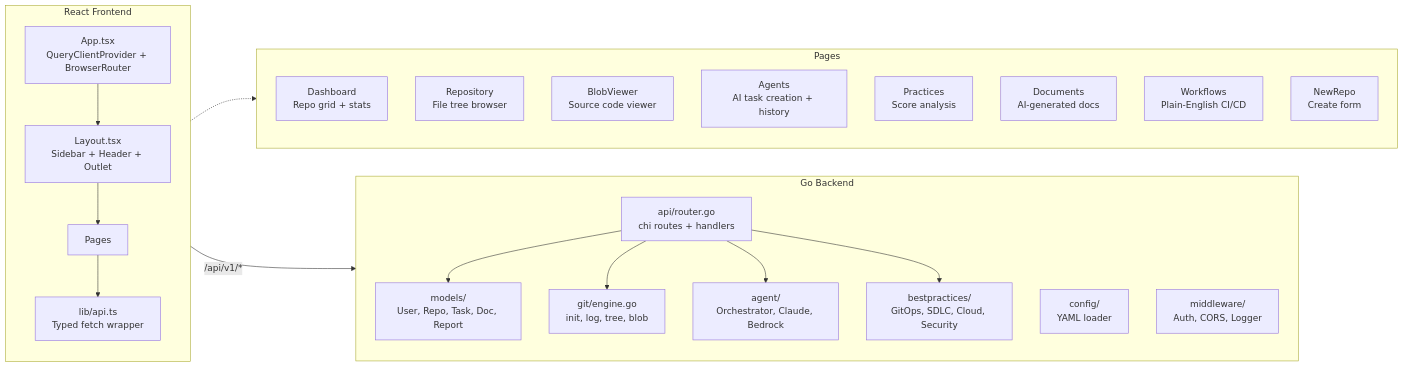
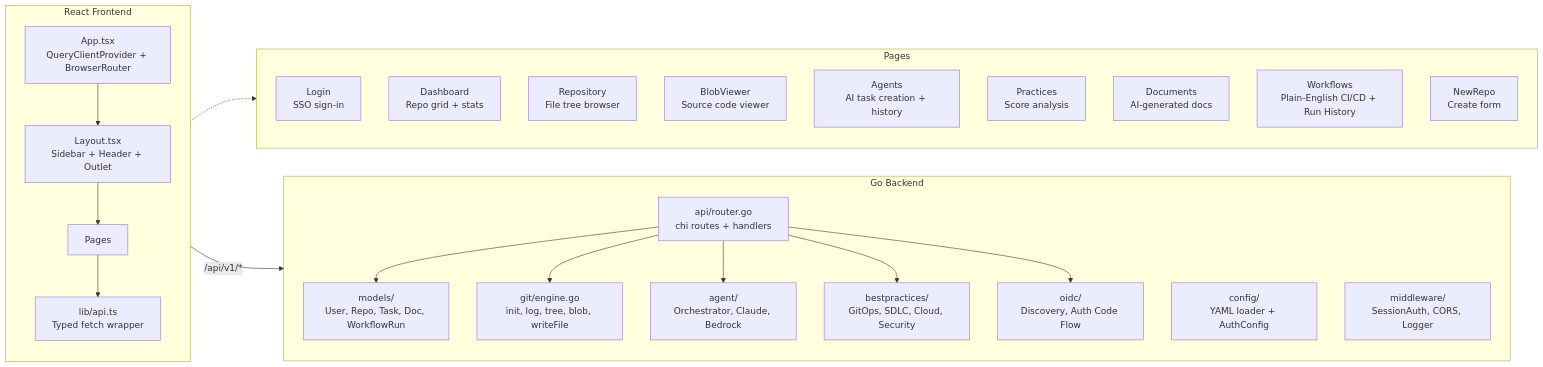
Before and after one commit to kondalaraogangavarapu/custom-gitea: the fourth of 6 diagrams in README.md, drawn with Mermaid. The commit also changed other lines of this file and 10 other files, not shown here.

First line of the commit message:
feat: add OIDC/SSO authentication and update README with architecture diagrams

````diff
--- a/README.md
+++ b/README.md
@@ -112,42 +162,45 @@
 ```mermaid
 graph LR
     subgraph Frontend["React Frontend"]
         direction TB
         App["App.tsx<br/>QueryClientProvider + BrowserRouter"]
         Layout["Layout.tsx<br/>Sidebar + Header + Outlet"]
         Pages["Pages"]
         APIClient["lib/api.ts<br/>Typed fetch wrapper"]
 
         App --> Layout --> Pages
         Pages --> APIClient
     end
 
     subgraph PagesDetail["Pages"]
+        Login["Login<br/>SSO sign-in"]
         Dashboard["Dashboard<br/>Repo grid + stats"]
         Repo["Repository<br/>File tree browser"]
         Blob["BlobViewer<br/>Source code viewer"]
         Agents["Agents<br/>AI task creation + history"]
         Practices["Practices<br/>Score analysis"]
         Docs["Documents<br/>AI-generated docs"]
-        Workflows["Workflows<br/>Plain-English CI/CD"]
+        Workflows["Workflows<br/>Plain-English CI/CD + Run History"]
         NewRepo["NewRepo<br/>Create form"]
     end
 
     subgraph Backend["Go Backend"]
         direction TB
         RouterB["api/router.go<br/>chi routes + handlers"]
-        Models["models/<br/>User, Repo, Task, Doc, Report"]
-        GitEng["git/engine.go<br/>init, log, tree, blob"]
+        Models["models/<br/>User, Repo, Task, Doc, WorkflowRun"]
+        GitEng["git/engine.go<br/>init, log, tree, blob, writeFile"]
         AgentPkg["agent/<br/>Orchestrator, Claude, Bedrock"]
         BPEng["bestpractices/<br/>GitOps, SDLC, Cloud, Security"]
-        Config["config/<br/>YAML loader"]
-        MWPkg["middleware/<br/>Auth, CORS, Logger"]
+        OIDCPkg["oidc/<br/>Discovery, Auth Code Flow"]
+        Config["config/<br/>YAML loader + AuthConfig"]
+        MWPkg["middleware/<br/>SessionAuth, CORS, Logger"]
     end
 
     Pages -.-> PagesDetail
     APIClient -->|"/api/v1/*"| RouterB
     RouterB --> Models
     RouterB --> GitEng
     RouterB --> AgentPkg
     RouterB --> BPEng
+    RouterB --> OIDCPkg
 ```
````
